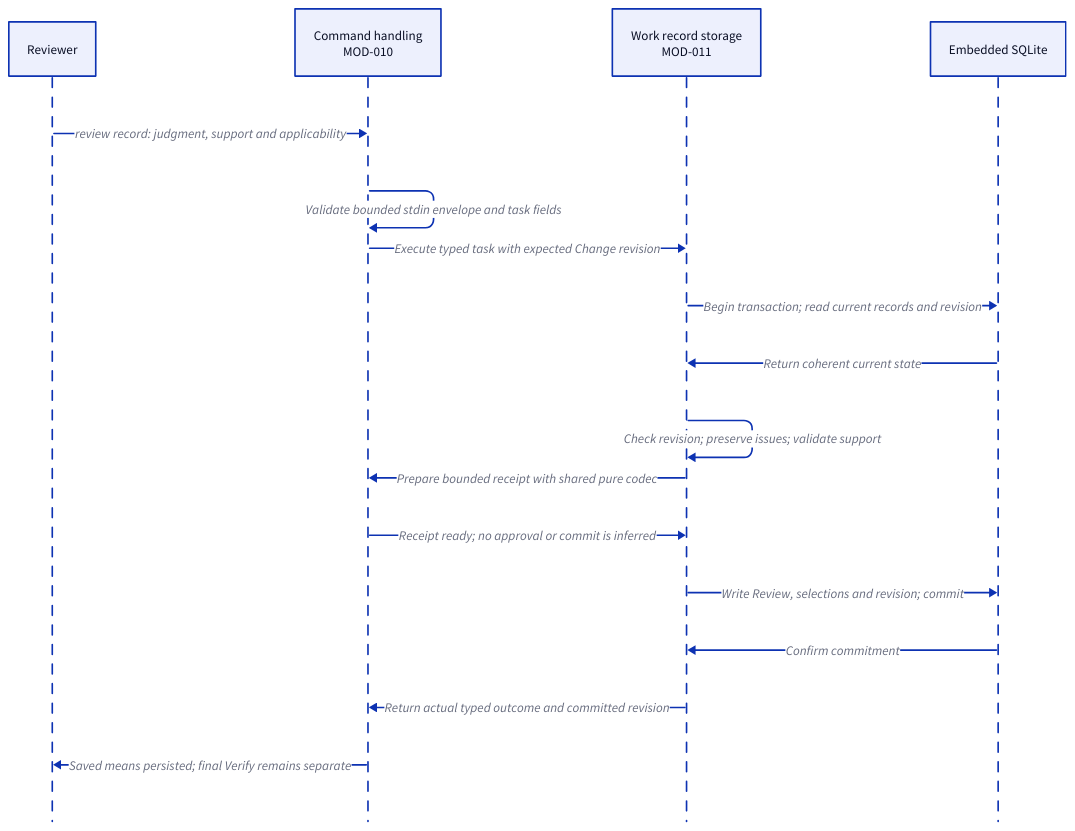
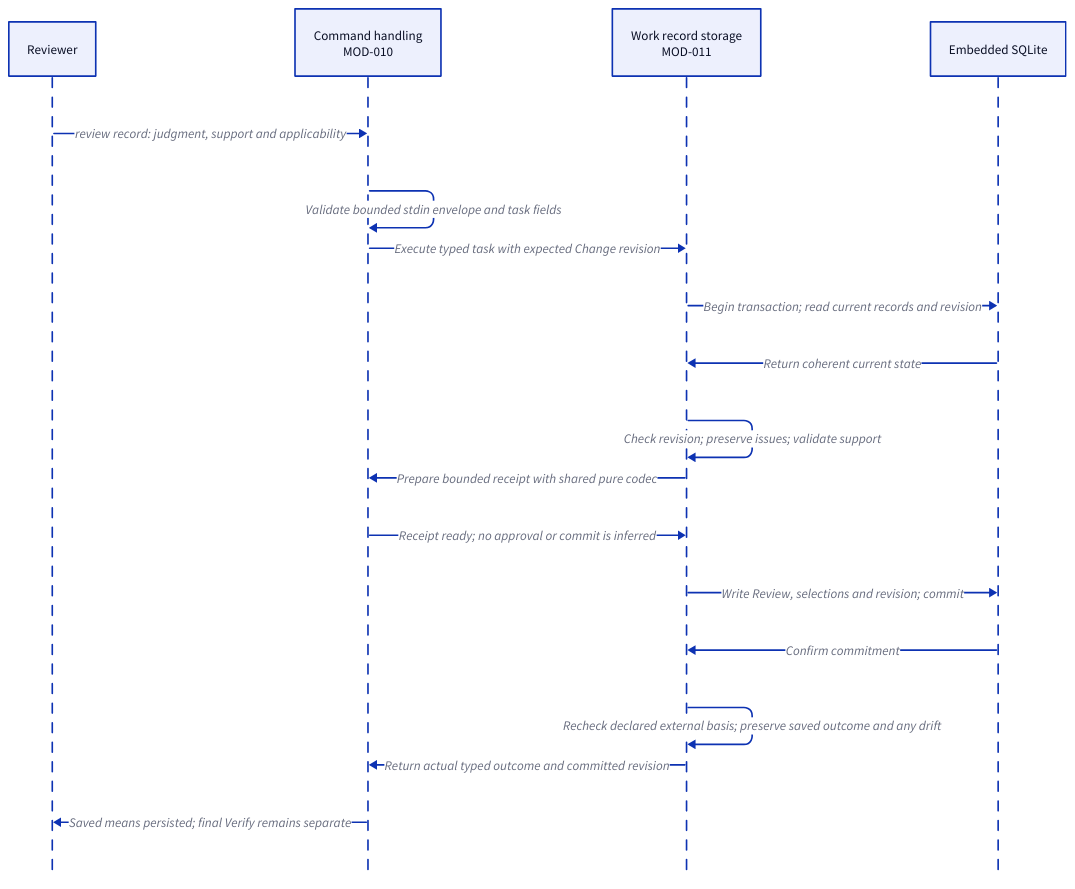
Before and after one commit to xiongxianfei/rigorloop: the second of 4 diagrams in design/architecture/modules/MOD-018-engineering-operations/README.md, drawn with D2. The commit also changed other lines of this file and 262 other files, not shown here.

Commit message:
Add system requirements architecture view and assessments (#208)

````diff
--- a/design/architecture/modules/MOD-018-engineering-operations/README.md
+++ b/design/architecture/modules/MOD-018-engineering-operations/README.md
@@ -92,19 +97,20 @@
 ```d2
 shape: sequence_diagram
 reviewer: "Reviewer"
 cli: "Command handling\nMOD-010"
 store: "Work record storage\nMOD-011"
 db: "Embedded SQLite"
 reviewer -> cli: "review record: judgment, support and applicability"
 cli -> cli: "Validate bounded stdin envelope and task fields"
 cli -> store: "Execute typed task with expected Change revision"
 store -> db: "Begin transaction; read current records and revision"
 db -> store: "Return coherent current state"
 store -> store: "Check revision; preserve issues; validate support"
 store -> cli: "Prepare bounded receipt with shared pure codec"
 cli -> store: "Receipt ready; no approval or commit is inferred"
 store -> db: "Write Review, selections and revision; commit"
 db -> store: "Confirm commitment"
+store -> store: "Recheck declared external basis; preserve saved outcome and any drift"
 store -> cli: "Return actual typed outcome and committed revision"
 cli -> reviewer: "Saved means persisted; final Verify remains separate"
 ```
````
